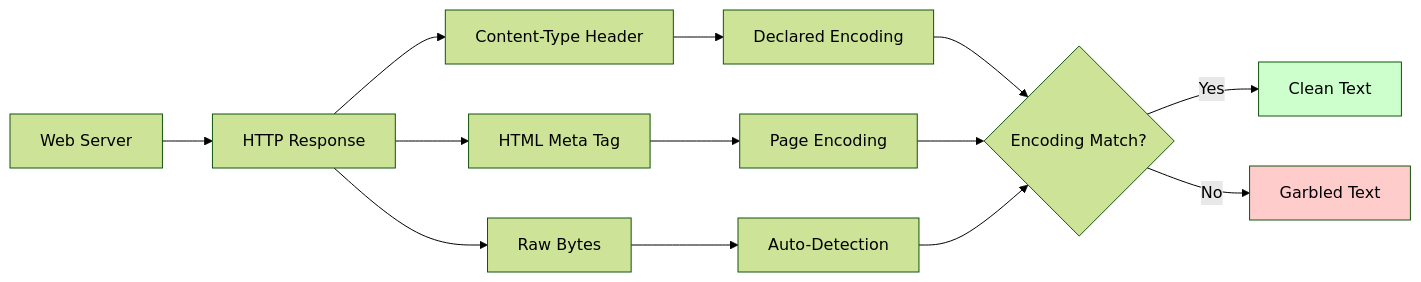
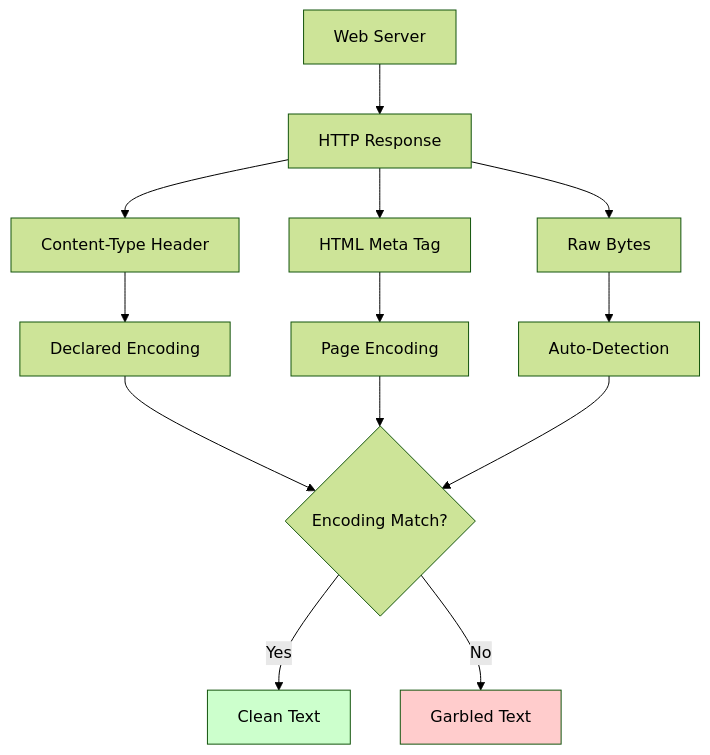
The second of 3 diagrams in _posts/2025-05-08-character-encodings-handling-text.md (bytetunnels/bytetunnels.github.com), drawn with Mermaid (forest theme) before and after one commit. The commit also changed 25 other files, not shown here.

Commit message:
chore: fixed mermaid charts

````diff
--- a/_posts/2025-05-08-character-encodings-handling-text.md
+++ b/_posts/2025-05-08-character-encodings-handling-text.md
@@ -42,21 +42,23 @@
 ```mermaid
-flowchart LR
-    A[Web Server] --> B[HTTP Response]
+flowchart TD
+    A[Web Server]
+    A --> B[HTTP Response]
+
     B --> C[Content-Type Header]
     B --> D[HTML Meta Tag]
     B --> E[Raw Bytes]
-    
+
     C --> F[Declared Encoding]
     D --> G[Page Encoding]
     E --> H[Auto-Detection]
-    
+
     F --> I{Encoding Match?}
     G --> I
     H --> I
-    
+
     I -->|Yes| J[Clean Text]
     I -->|No| K[Garbled Text]
-    
+
     style K fill:#ffcccc
     style J fill:#ccffcc
 ```
````
